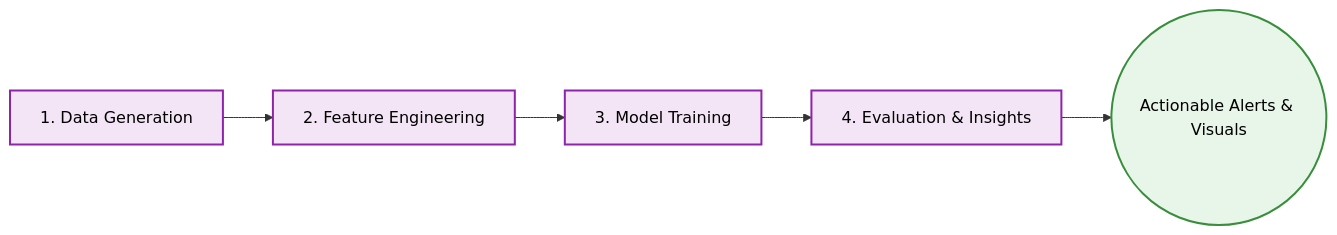
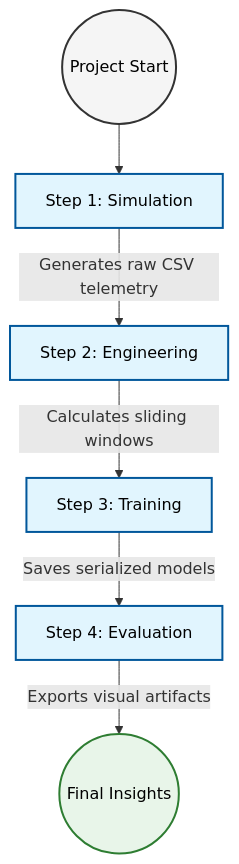
Before and after one commit to JinTonikCZ/cloud-metrics-incident-prediction: the first of 3 diagrams in DESIGN_DOC.MD, drawn with Mermaid. The commit also changed other lines of this file, not shown here.

````diff
--- a/DESIGN_DOC.MD
+++ b/DESIGN_DOC.MD
@@ -22,18 +23,19 @@
 ```mermaid
-flowchart LR
-    %% High-level architecture styles
-    classDef phase fill:#f3e5f5,stroke:#8e24aa,stroke-width:2px,color:#000;
-    classDef output fill:#e8f5e9,stroke:#388e3c,stroke-width:2px,color:#000;
+graph TD
+    %% Global Styles with forced black text for professional look
+    classDef start fill:#f5f5f5,stroke:#333,stroke-width:2px,color:#000;
+    classDef process fill:#e1f5fe,stroke:#01579b,stroke-width:2px,color:#000;
+    classDef output fill:#e8f5e9,stroke:#2e7d32,stroke-width:2px,color:#000;
 
-    A[1. Data Generation]:::phase --> B[2. Feature Engineering]:::phase
-    B --> C[3. Model Training]:::phase
-    C --> D[4. Evaluation & Insights]:::phase
+    A((Project Start)):::start --> B[Step 1: Simulation]:::process
+    B -->|Generates raw CSV telemetry| C[Step 2: Engineering]:::process
+    C -->|Calculates sliding windows| D[Step 3: Training]:::process
+    D -->|Saves serialized models| E[Step 4: Evaluation]:::process
+    E -->|Exports visual artifacts| F((Final Insights)):::output
 
-    D --> E((Actionable Alerts & Visuals)):::output
-
-    %% Comments
-    %% Phase 1 simulates the cloud environment
-    %% Phase 2 compresses time into logical features
-    %% Phase 3 applies Machine Learning
-    %% Phase 4 validates business value
+    %% Descriptive Comments (Author's technical notes)
+    %% Step 1: Mimics cloud infrastructure behavior and incident patterns based on statistical distributions.
+    %% Step 2: Transforms raw time-series into a supervised ML format (X, y) via windowing.
+    %% Step 3: Fits a Random Forest while strictly avoiding chronological data leakage (shuffle=False).
+    %% Step 4: Quantifies performance using PR AUC and Risk Score timelines for business validation.
 ```
````
